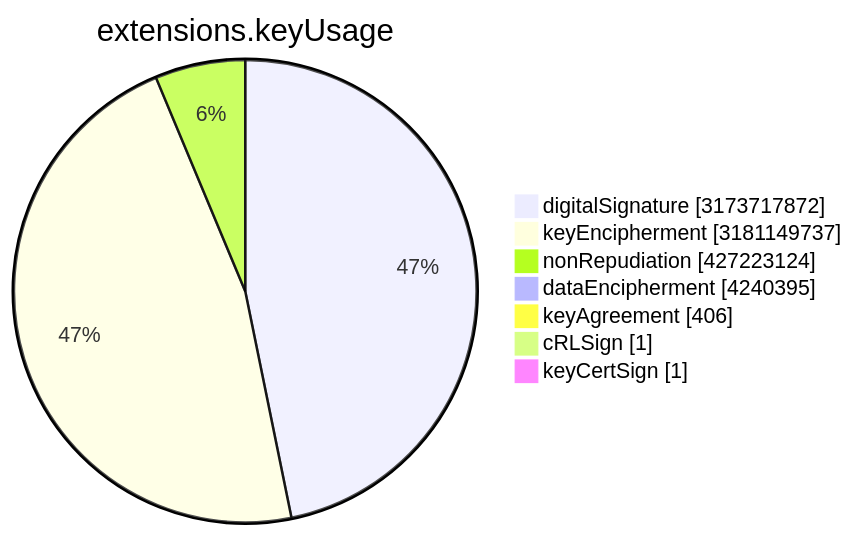
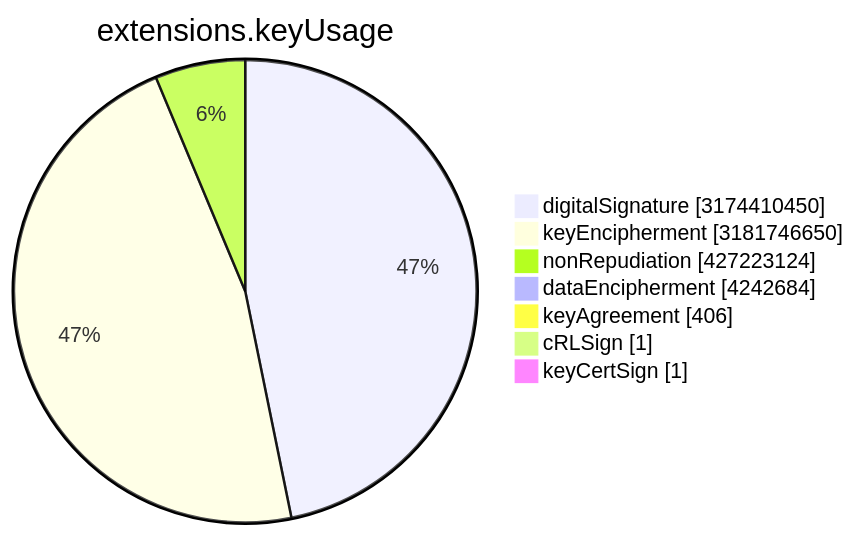
Before and after one commit to christiankrug/ctmonitor_visualization: the sixth of 15 diagrams in TOTAL/README.md, drawn with Mermaid. The commit also changed other lines of this file, not shown here.

````diff
--- a/TOTAL/README.md
+++ b/TOTAL/README.md
@@ -3077,11 +3077,11 @@
 ```mermaid
 pie showData
 title extensions.keyUsage
-"digitalSignature" :3173717872
-"keyEncipherment" :3181149737
+"digitalSignature" :3174410450
+"keyEncipherment" :3181746650
 "nonRepudiation" :427223124
-"dataEncipherment" :4240395
+"dataEncipherment" :4242684
 "keyAgreement" :406
 "cRLSign" :1
 "keyCertSign" :1
 ```
````
